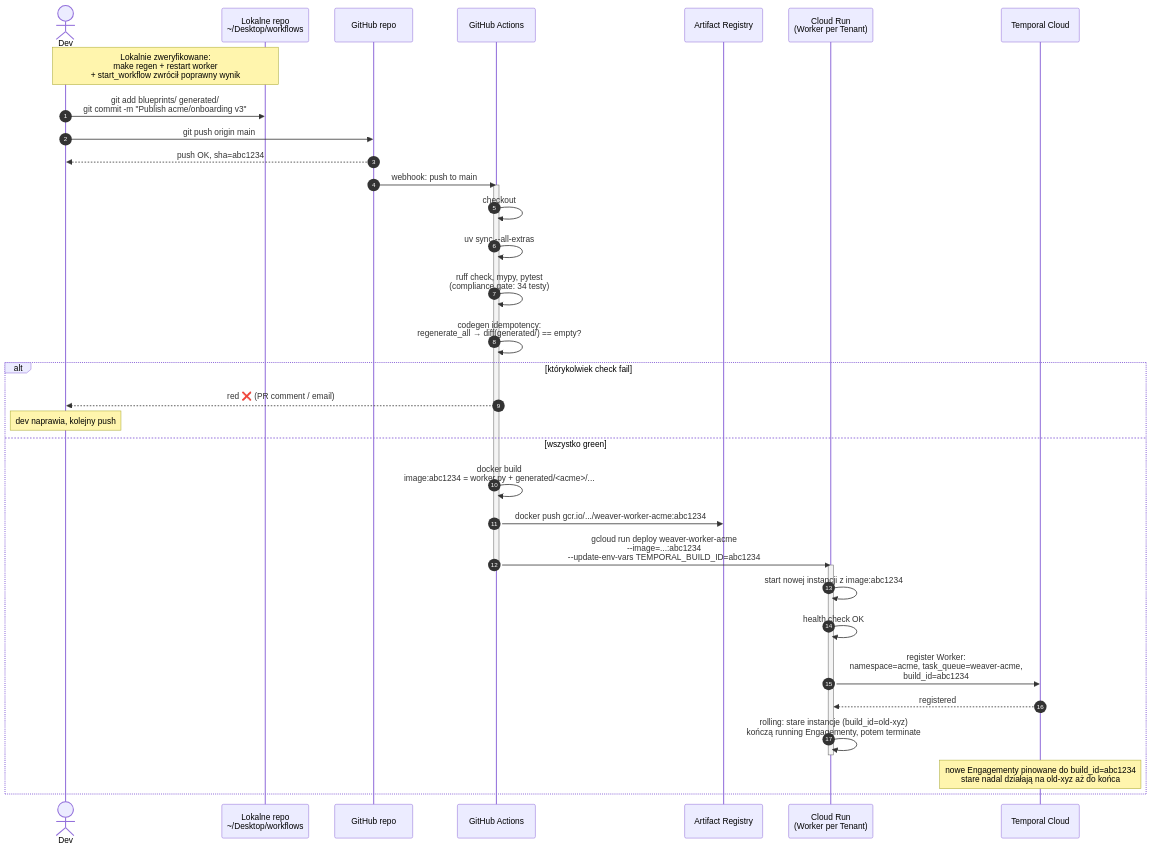
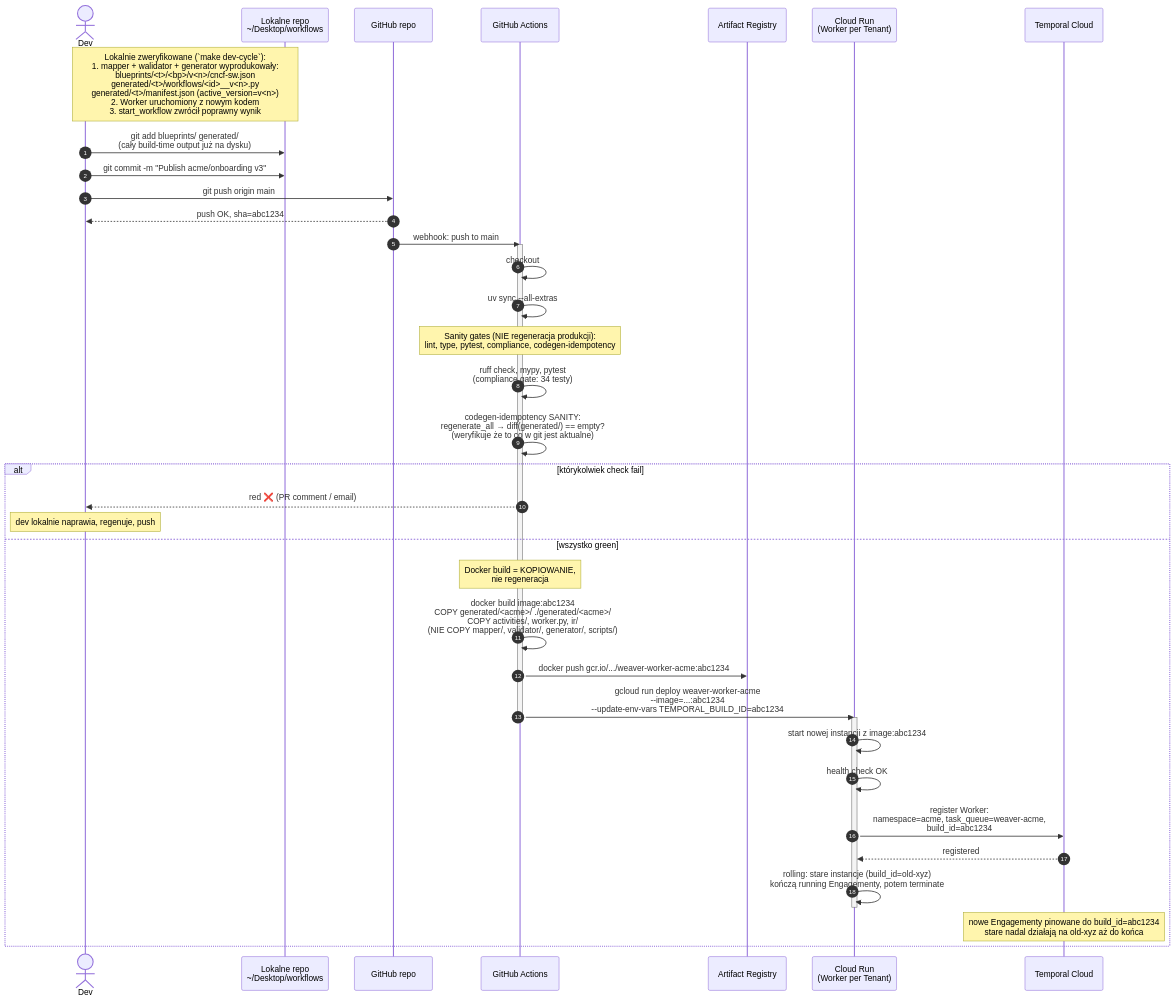
The fourth of 9 diagrams in docs/PUBLISH_FLOW.md (mirfor/workflows), drawn with Mermaid before and after one commit. The commit also changed other lines of this file, not shown here.

First line of the commit message:
PUBLISH_FLOW.md: separation of concerns — codegen tylko lokalnie, cloud kopiuje

````diff
--- a/docs/PUBLISH_FLOW.md
+++ b/docs/PUBLISH_FLOW.md
@@ -219,46 +232,50 @@
 ```mermaid
 sequenceDiagram
     autonumber
     actor Dev as Dev
     participant Local as Lokalne repo<br/>~/Desktop/workflows
     participant GH as GitHub repo
     participant CI as GitHub Actions
     participant AR as Artifact Registry
     participant CR as Cloud Run<br/>(Worker per Tenant)
     participant Temp as Temporal Cloud
 
-    Note over Dev,Local: Lokalnie zweryfikowane:<br/>make regen + restart worker<br/>+ start_workflow zwrócił poprawny wynik
+    Note over Dev,Local: Lokalnie zweryfikowane (`make dev-cycle`):<br/>1. mapper + walidator + generator wyprodukowały:<br/>   blueprints/<t>/<bp>/v<n>/cncf-sw.json<br/>   generated/<t>/workflows/<id>__v<n>.py<br/>   generated/<t>/manifest.json (active_version=v<n>)<br/>2. Worker uruchomiony z nowym kodem<br/>3. start_workflow zwrócił poprawny wynik
 
-    Dev->>Local: git add blueprints/ generated/<br/>git commit -m "Publish acme/onboarding v3"
+    Dev->>Local: git add blueprints/ generated/<br/>(cały build-time output już na dysku)
+    Dev->>Local: git commit -m "Publish acme/onboarding v3"
     Dev->>GH: git push origin main
     GH-->>Dev: push OK, sha=abc1234
 
     GH->>CI: webhook: push to main
     activate CI
     CI->>CI: checkout
     CI->>CI: uv sync --all-extras
+
+    Note over CI: Sanity gates (NIE regeneracja produkcji):<br/>lint, type, pytest, compliance, codegen-idempotency
     CI->>CI: ruff check, mypy, pytest<br/>(compliance gate: 34 testy)
-    CI->>CI: codegen idempotency:<br/>regenerate_all → diff(generated/) == empty?
+    CI->>CI: codegen-idempotency SANITY:<br/>regenerate_all → diff(generated/) == empty?<br/>(weryfikuje że to co w git jest aktualne)
 
     alt którykolwiek check fail
         CI-->>Dev: red ❌ (PR comment / email)
-        Note over Dev: dev naprawia, kolejny push
+        Note over Dev: dev lokalnie naprawia, regenuje, push
     else wszystko green
-        CI->>CI: docker build<br/>image:abc1234 = worker.py + generated/<acme>/...
+        Note over CI: Docker build = KOPIOWANIE,<br/>nie regeneracja
+        CI->>CI: docker build image:abc1234<br/>COPY generated/<acme>/ ./generated/<acme>/<br/>COPY activities/, worker.py, ir/<br/>(NIE COPY mapper/, validator/, generator/, scripts/)
         CI->>AR: docker push gcr.io/.../weaver-worker-acme:abc1234
 
         CI->>CR: gcloud run deploy weaver-worker-acme<br/>--image=...:abc1234<br/>--update-env-vars TEMPORAL_BUILD_ID=abc1234
         deactivate CI
 
         activate CR
         CR->>CR: start nowej instancji z image:abc1234
         CR->>CR: health check OK
         CR->>Temp: register Worker:<br/>namespace=acme, task_queue=weaver-acme,<br/>build_id=abc1234
         Temp-->>CR: registered
 
         CR->>CR: rolling: stare instancje (build_id=old-xyz)<br/>kończą running Engagementy, potem terminate
         deactivate CR
 
         Note over Temp: nowe Engagementy pinowane do build_id=abc1234<br/>stare nadal działają na old-xyz aż do końca
     end
 ```
````
